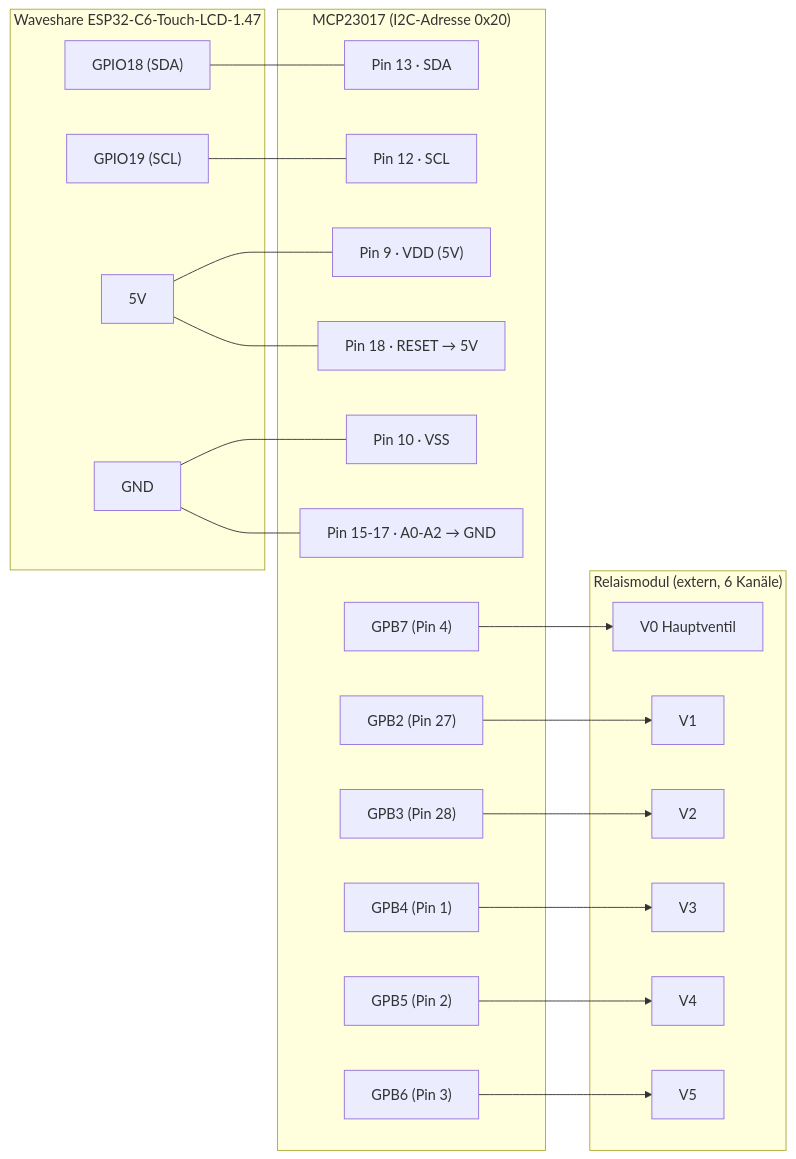
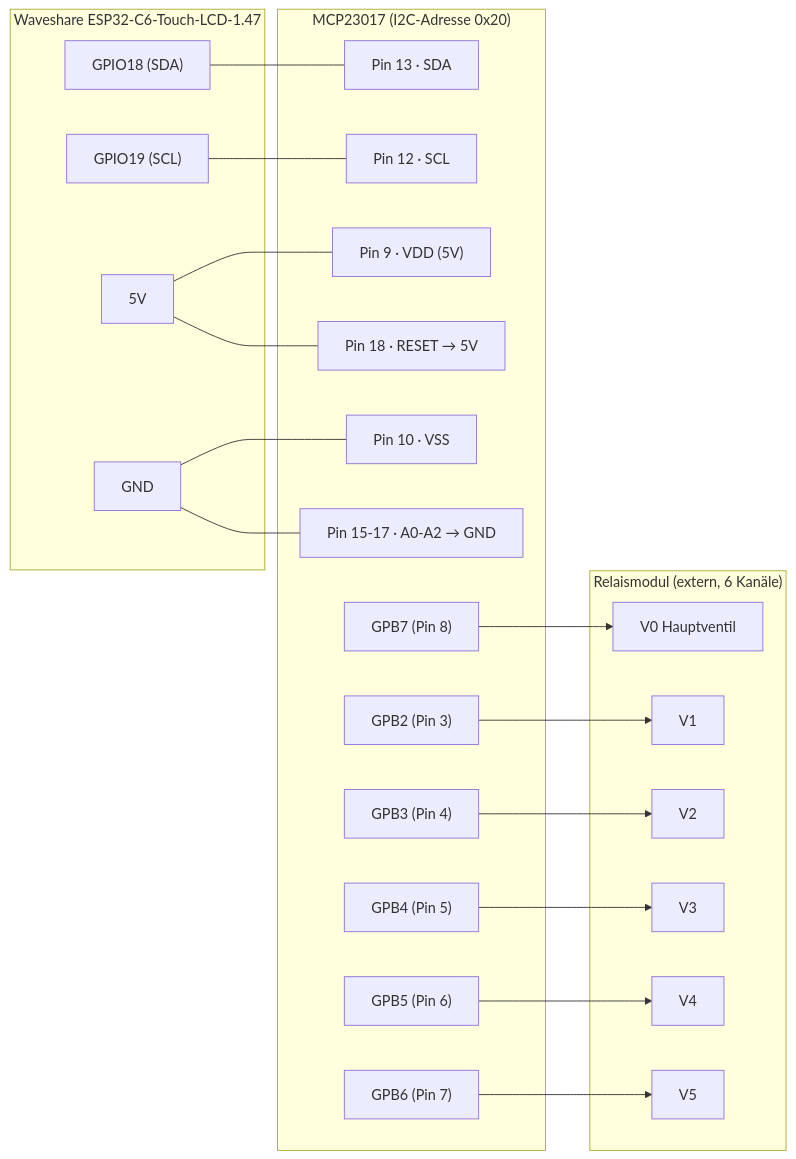
Before and after one commit to Pfannex/Gartenwasser: the diagram in docs/manual/usermanual.md, drawn with Mermaid. The commit also changed other lines of this file, not shown here.

Commit message:
Usermanual: MCP23017-Pin-Nummern gegen Microchip-Datenblatt korrigiert
Die bisherige Chip-Pin-#-Spalte (GPB7=4, GPB2=27, GPB3=28, GPB4=1, GPB5=2,
GPB6=3) passte zu keiner realen Pin-Kombination am Chip. Verifiziert gegen
das offizielle Microchip-Datenblatt (DS20001952C, Pin-Diagramm UND
AC-Charakteristik-Abschnitt "SCL and SDA pin MCP23017" als unabhaengige
Bestaetigung) sowie einen vom Nutzer bereitgestellten Pinout-Screenshot:
GPB0-7 liegen durchgehend auf Pin 1-8. Korrigiert in der Tabelle
(Kapitel 2.3) und im Mermaid-Diagramm (Kapitel 3). Firmware-seitig ohne
Auswirkung (I2C adressiert GPIOB-Register-Bits, keine physischen
Pin-Nummern) - relevant nur, falls die Tabelle je als Loetanleitung
genutzt wuerde.

````diff
--- a/docs/manual/usermanual.md
+++ b/docs/manual/usermanual.md
@@ -106,46 +106,46 @@
 ```mermaid
 graph LR
     subgraph ESP["Waveshare ESP32-C6-Touch-LCD-1.47"]
         G18["GPIO18 (SDA)"]
         G19["GPIO19 (SCL)"]
         G5V["5V"]
         GGND["GND"]
     end
 
     subgraph MCP["MCP23017 (I2C-Adresse 0x20)"]
         M13["Pin 13 · SDA"]
         M12["Pin 12 · SCL"]
         M9["Pin 9 · VDD (5V)"]
         M10["Pin 10 · VSS"]
         M1517["Pin 15-17 · A0-A2 → GND"]
         M18["Pin 18 · RESET → 5V"]
-        MB7["GPB7 (Pin 4)"]
-        MB2["GPB2 (Pin 27)"]
-        MB3["GPB3 (Pin 28)"]
-        MB4["GPB4 (Pin 1)"]
-        MB5["GPB5 (Pin 2)"]
-        MB6["GPB6 (Pin 3)"]
+        MB7["GPB7 (Pin 8)"]
+        MB2["GPB2 (Pin 3)"]
+        MB3["GPB3 (Pin 4)"]
+        MB4["GPB4 (Pin 5)"]
+        MB5["GPB5 (Pin 6)"]
+        MB6["GPB6 (Pin 7)"]
     end
 
     subgraph REL["Relaismodul (extern, 6 Kanäle)"]
         R0["V0 Hauptventil"]
         R1["V1"]
         R2["V2"]
         R3["V3"]
         R4["V4"]
         R5["V5"]
     end
 
     G18 --- M13
     G19 --- M12
     G5V --- M9
     G5V --- M18
     GGND --- M10
     GGND --- M1517
     MB7 --> R0
     MB2 --> R1
     MB3 --> R2
     MB4 --> R3
     MB5 --> R4
     MB6 --> R5
 ```
````
